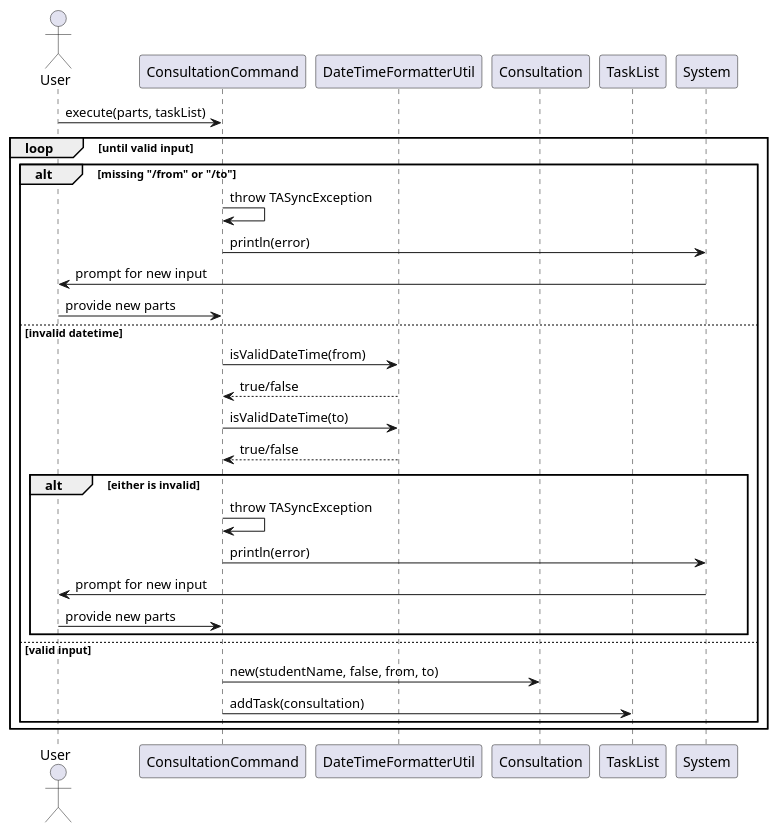
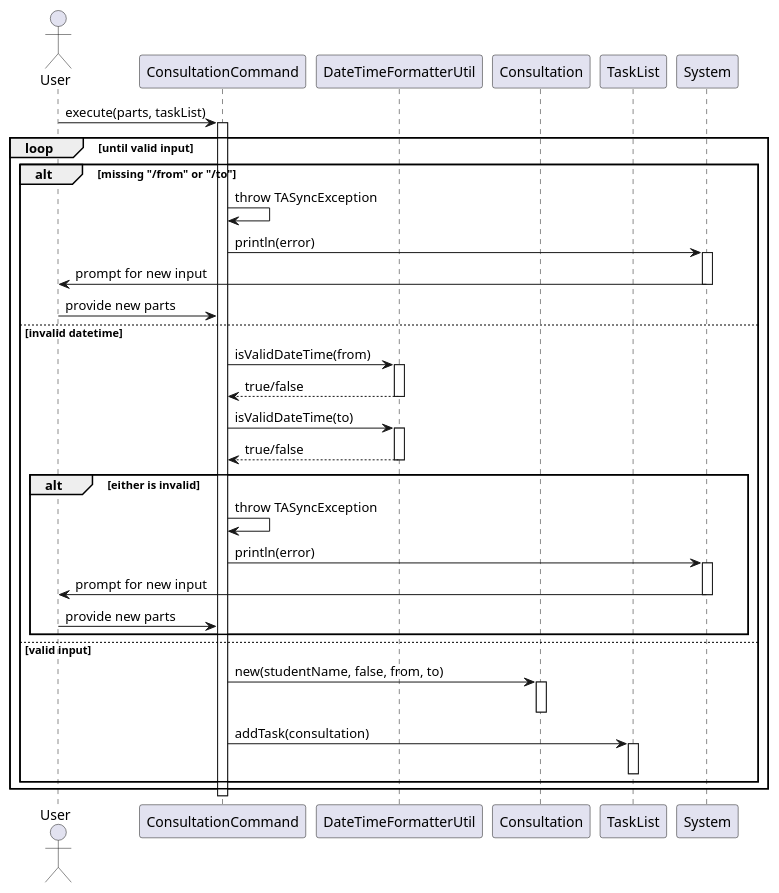
The diagram in docs/diagrams/tasklistcommands/ConsultationCommandSequenceDiagram.puml (wongyihao02/tp), drawn with PlantUML before and after one commit. The commit also changed 19 other files, not shown here.

Commit message:
Add activation bar for task command sequence diagrams

```diff
--- a/docs/diagrams/tasklistcommands/ConsultationCommandSequenceDiagram.puml
+++ b/docs/diagrams/tasklistcommands/ConsultationCommandSequenceDiagram.puml
@@ -1,37 +1,54 @@
 @startuml
 'https://plantuml.com/sequence-diagram
 
 actor User
 
 participant "ConsultationCommand" as ConsultCmd
 participant "DateTimeFormatterUtil" as Formatter
 participant "Consultation" as Consultation
 participant "TaskList" as TaskList
 participant "System" as Console
 
 User -> ConsultCmd : execute(parts, taskList)
+activate ConsultCmd
 
 loop until valid input
     alt missing "/from" or "/to"
         ConsultCmd -> ConsultCmd : throw TASyncException
         ConsultCmd -> Console : println(error)
+        activate Console
         Console -> User : prompt for new input
+        deactivate Console
         User -> ConsultCmd : provide new parts
     else invalid datetime
         ConsultCmd -> Formatter : isValidDateTime(from)
+        activate Formatter
         Formatter --> ConsultCmd : true/false
+        deactivate Formatter
+
         ConsultCmd -> Formatter : isValidDateTime(to)
+        activate Formatter
         Formatter --> ConsultCmd : true/false
+        deactivate Formatter
+
         alt either is invalid
             ConsultCmd -> ConsultCmd : throw TASyncException
             ConsultCmd -> Console : println(error)
+            activate Console
             Console -> User : prompt for new input
+            deactivate Console
             User -> ConsultCmd : provide new parts
         end
     else valid input
         ConsultCmd -> Consultation : new(studentName, false, from, to)
+        activate Consultation
+        deactivate Consultation
+
         ConsultCmd -> TaskList : addTask(consultation)
+        activate TaskList
+        deactivate TaskList
     end
 end
 
+deactivate ConsultCmd
 @enduml
```
